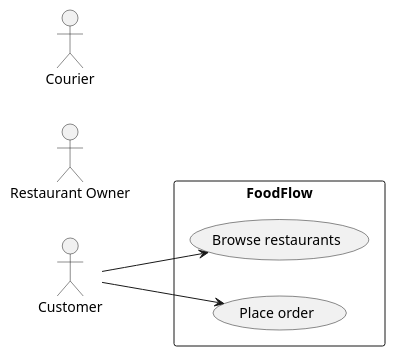
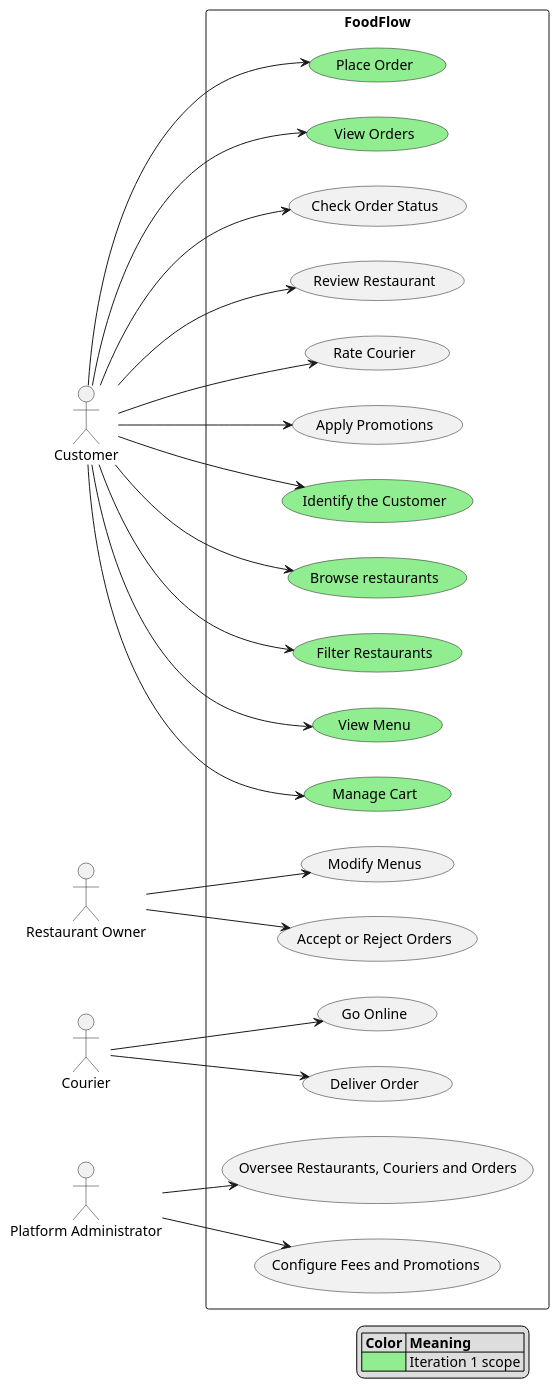
One commit to oop-group4-marmara/CSE3063F26-foodflow-team4 changed the diagram in docs/diagrams/use-cases.puml. Above: the diagram before and after it, drawn with PlantUML. The commit also changed 1 other file, not shown here.

Commit message:
docs: Complete the use-case diagram and use cases (#33)
* docs: Complete the use-case diagram and use cases

The diagram now shows all four actors and sixteen use cases.
The seven use cases of Iteration 1 are marked in green.
Eight use cases are written in brief format.
UC5 Manage Cart and UC6 Place Order are fully dressed.
Their extensions cover the business rules that can fail.

* Fix grammar and small mistakes in use cases

* Add UC17 Apply Promotions

* Add apply promotions use case to the uml diagram

---------

```diff
--- a/docs/diagrams/use-cases.puml
+++ b/docs/diagrams/use-cases.puml
@@ -1,13 +1,54 @@
 @startuml
 left to right direction
+
 actor Customer
 actor "Restaurant Owner" as Owner
 actor Courier
+actor "Platform Administrator" as Admin
+
 rectangle FoodFlow {
-  usecase "Browse restaurants" as UC1
-  usecase "Place order" as UC2
-  ' TODO: complete for the whole product; mark Iteration 1 use cases
+    usecase "Identify the Customer" as UC1 #LightGreen
+    usecase "Browse restaurants" as UC2 #LightGreen
+    usecase "Filter Restaurants" as UC3 #LightGreen
+    usecase "View Menu" as UC4 #LightGreen
+    usecase "Manage Cart" as UC5 #LightGreen
+    usecase "Place Order" as UC6 #LightGreen
+    usecase "View Orders" as UC7 #LightGreen
+    usecase "Check Order Status" as UC8
+    usecase "Review Restaurant" as UC9
+    usecase "Rate Courier" as UC10
+    usecase "Modify Menus" as UC11
+    usecase "Accept or Reject Orders" as UC12
+    usecase "Go Online" as UC13
+    usecase "Deliver Order" as UC14
+    usecase "Oversee Restaurants, Couriers and Orders" as UC15
+    usecase "Configure Fees and Promotions" as UC16
+    usecase "Apply Promotions" as UC17
 }
 Customer --> UC1
 Customer --> UC2
+Customer --> UC3
+Customer --> UC4
+Customer --> UC5
+Customer --> UC6
+Customer --> UC7
+Customer --> UC8
+Customer --> UC9
+Customer --> UC10
+Customer --> UC17
+
+Owner --> UC11
+Owner --> UC12
+
+Courier --> UC13
+Courier --> UC14
+
+Admin --> UC15
+Admin --> UC16
+
+legend right
+    |= Color |= Meaning |
+    |<#LightGreen> | Iteration 1 scope |
+endlegend
+
 @enduml
```
